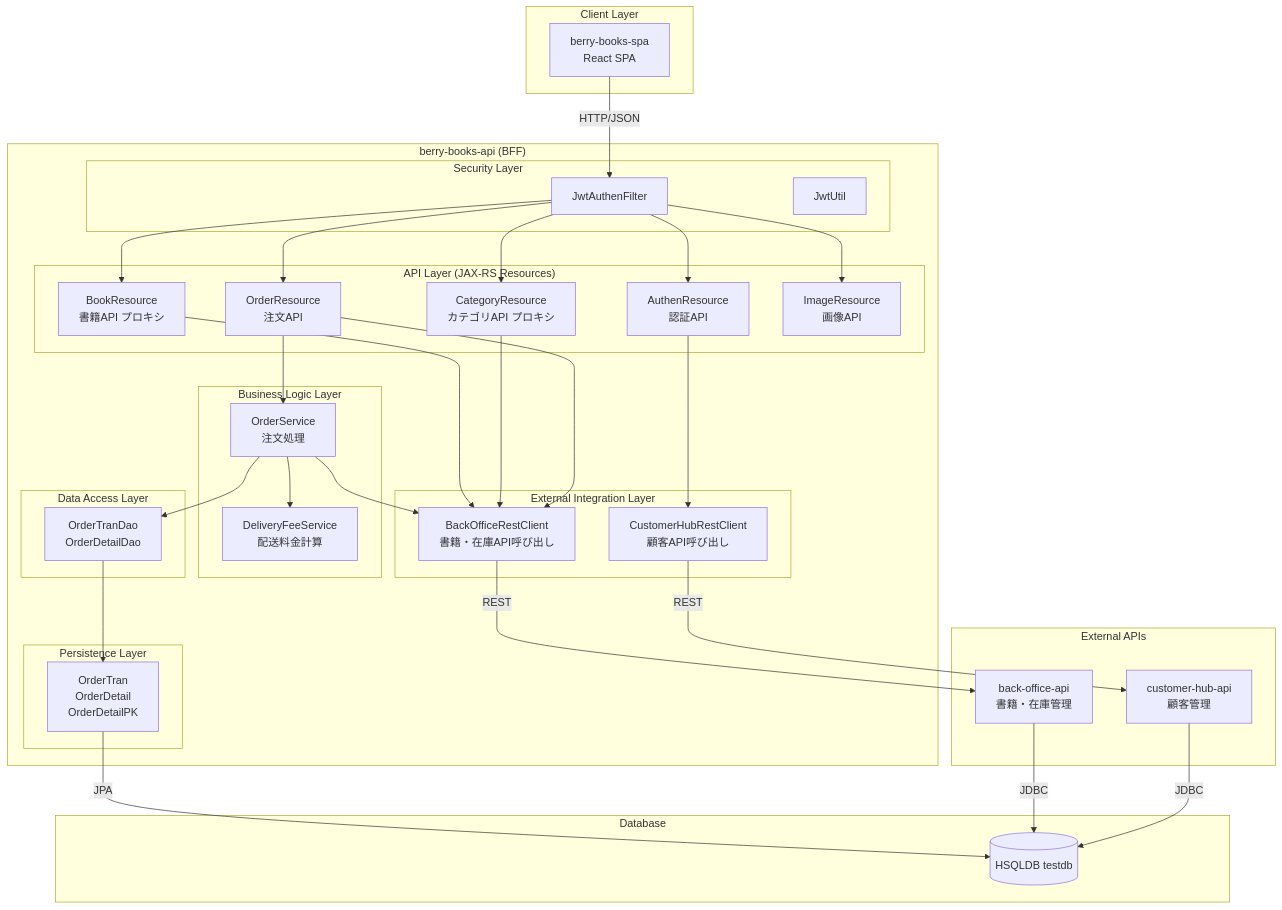
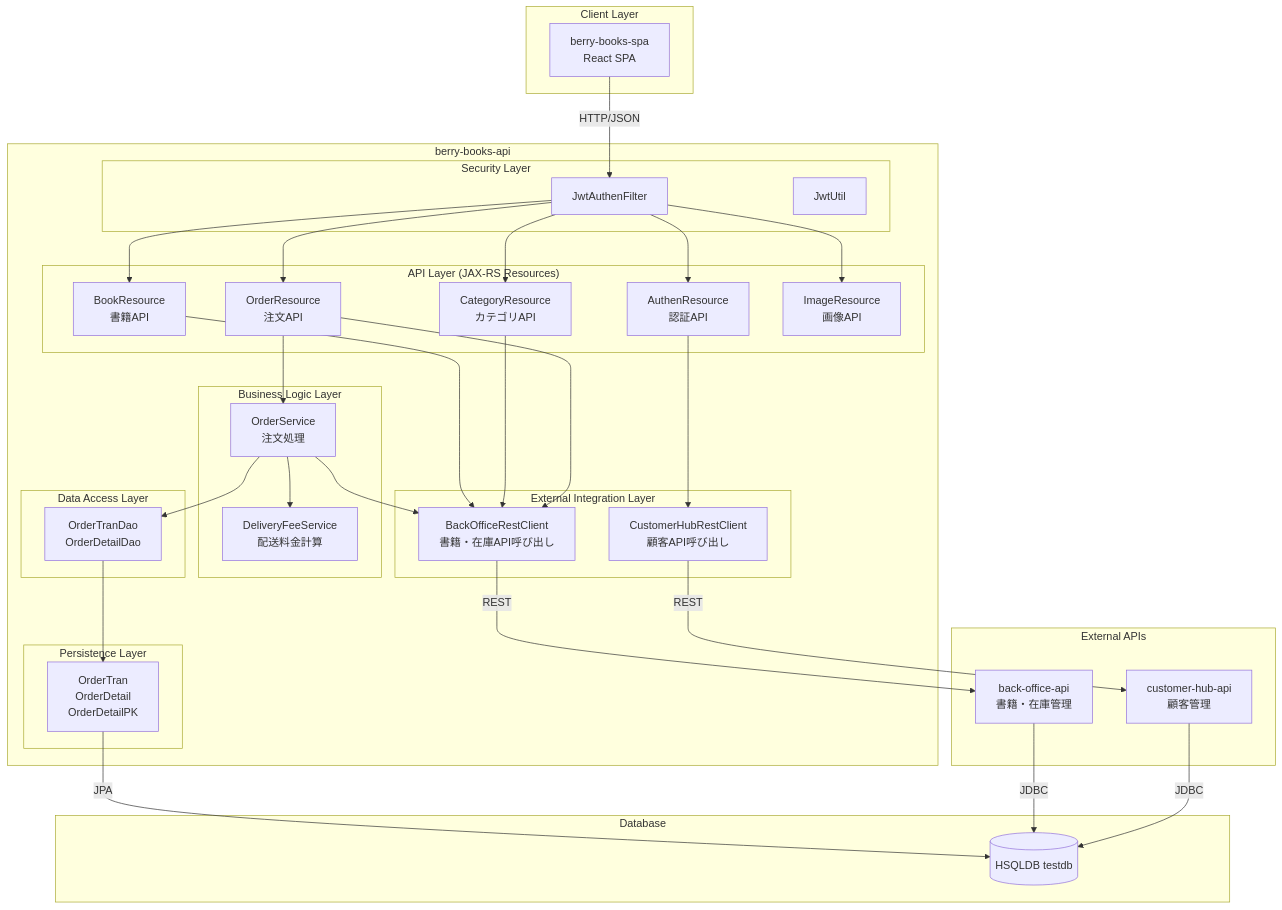
One commit to KenyaSaitoh/ai_driven_dev_202601 changed the third of 9 diagrams in projects/sdd/bookstore/berry-books-api-sdd/specs/baseline/system/architecture_design.md. Above: the diagram before and after it, drawn with Mermaid. The commit also changed other lines of this file and 69 other files, not shown here.

````diff
--- a/projects/sdd/bookstore/berry-books-api-sdd/specs/baseline/system/architecture_design.md
+++ b/projects/sdd/bookstore/berry-books-api-sdd/specs/baseline/system/architecture_design.md
@@ -117,74 +117,74 @@
 ```mermaid
 graph TB
     subgraph "Client Layer"
         Client[berry-books-spa<br/>React SPA]
     end
     
-    subgraph "berry-books-api (BFF)"
+    subgraph "berry-books-api"
         subgraph "API Layer (JAX-RS Resources)"
             AuthAPI[AuthenResource<br/>認証API]
-            BookAPI[BookResource<br/>書籍API プロキシ]
-            CategoryAPI[CategoryResource<br/>カテゴリAPI プロキシ]
+            BookAPI[BookResource<br/>書籍API]
+            CategoryAPI[CategoryResource<br/>カテゴリAPI]
             OrderAPI[OrderResource<br/>注文API]
             ImageAPI[ImageResource<br/>画像API]
         end
         
         subgraph "Security Layer"
             JWTFilter[JwtAuthenFilter]
             JWTUtil[JwtUtil]
         end
         
         subgraph "Business Logic Layer"
             OrderService[OrderService<br/>注文処理]
             DeliveryService[DeliveryFeeService<br/>配送料金計算]
         end
         
         subgraph "External Integration Layer"
             BackOfficeClient[BackOfficeRestClient<br/>書籍・在庫API呼び出し]
             CustomerClient[CustomerHubRestClient<br/>顧客API呼び出し]
         end
         
         subgraph "Data Access Layer"
             OrderDao[OrderTranDao<br/>OrderDetailDao]
         end
         
         subgraph "Persistence Layer"
             OrderEntity[OrderTran<br/>OrderDetail<br/>OrderDetailPK]
         end
     end
     
     subgraph "External APIs"
         BackOfficeAPI[back-office-api<br/>書籍・在庫管理]
         CustomerAPI[customer-hub-api<br/>顧客管理]
     end
     
     subgraph "Database"
         DB[(HSQLDB testdb)]
     end
     
     Client -->|HTTP/JSON| JWTFilter
     JWTFilter --> AuthAPI
     JWTFilter --> BookAPI
     JWTFilter --> CategoryAPI
     JWTFilter --> OrderAPI
     JWTFilter --> ImageAPI
     
     AuthAPI --> CustomerClient
     BookAPI --> BackOfficeClient
     CategoryAPI --> BackOfficeClient
     OrderAPI --> OrderService
     OrderAPI --> BackOfficeClient
     
     OrderService --> OrderDao
     OrderService --> BackOfficeClient
     OrderService --> DeliveryService
     
     BackOfficeClient -->|REST| BackOfficeAPI
     CustomerClient -->|REST| CustomerAPI
     
     OrderDao --> OrderEntity
     OrderEntity -->|JPA| DB
     
     BackOfficeAPI -->|JDBC| DB
     CustomerAPI -->|JDBC| DB
 ```
````
